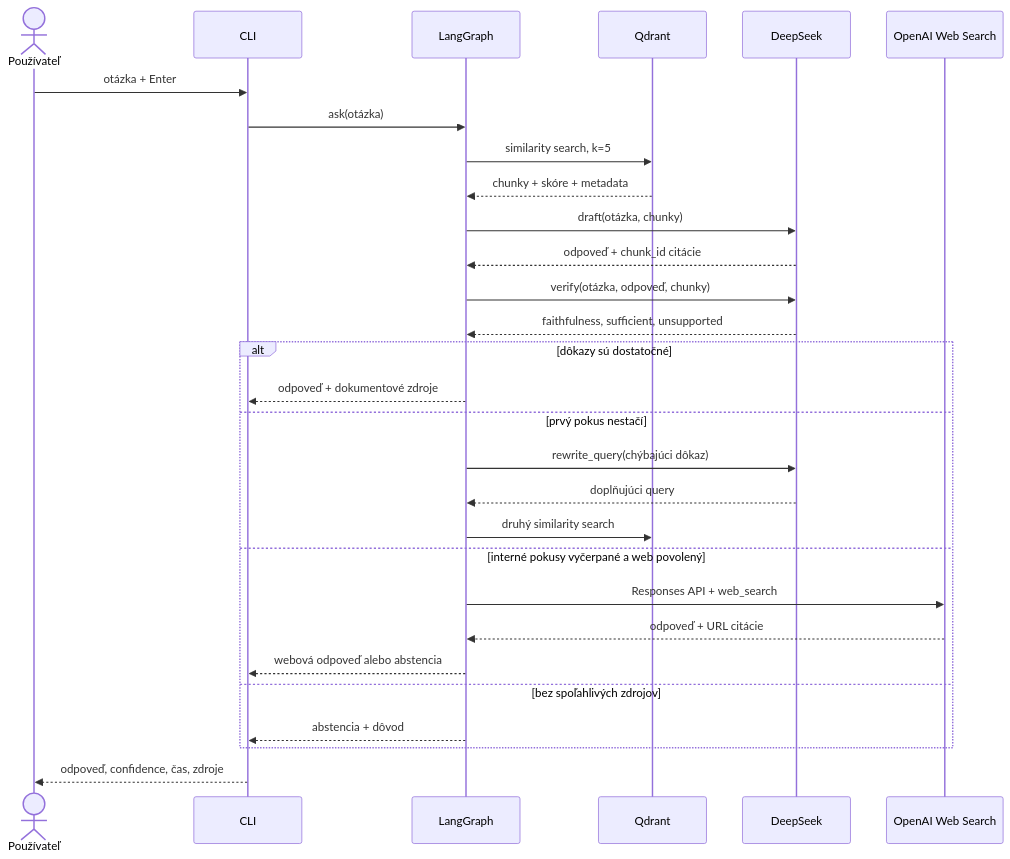
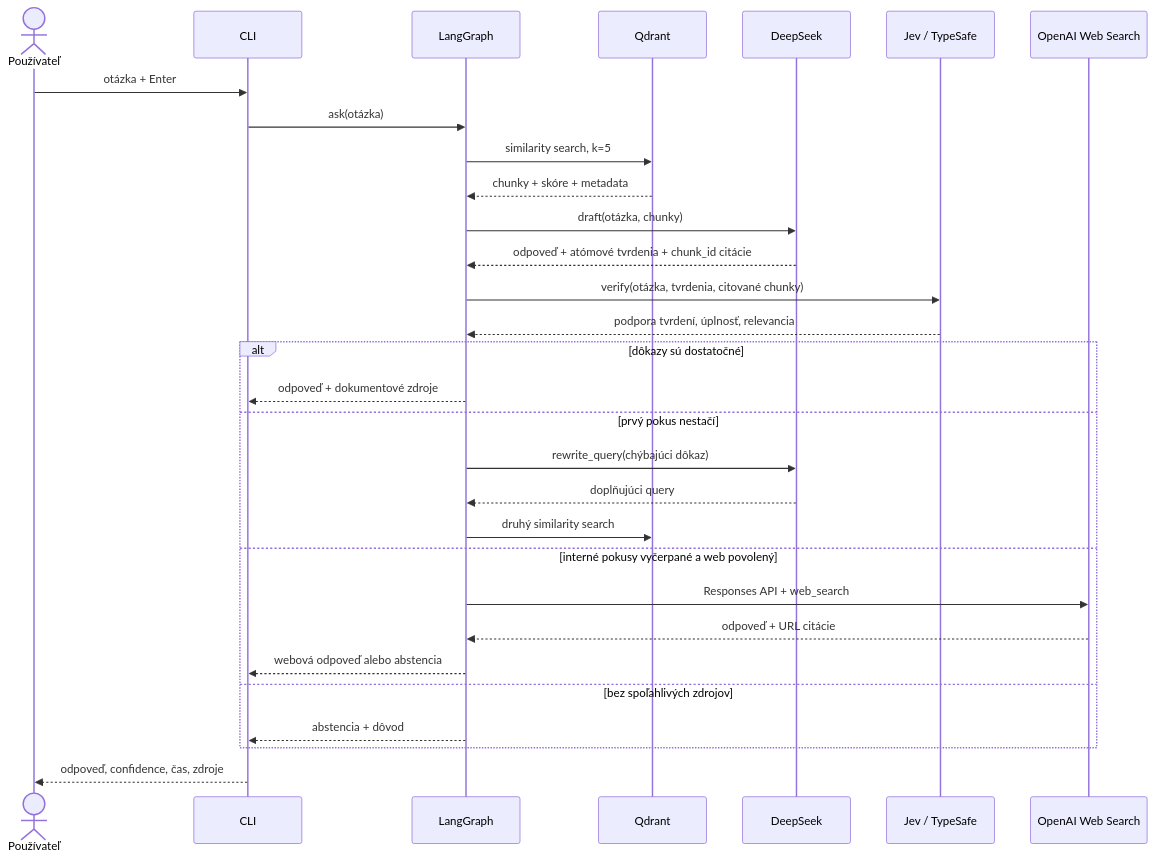
One commit to samuelbagin1/doc-ai-assistent changed the second of 4 diagrams in docs/ARCHITECTURE.md. Above: the diagram before and after it, drawn with Mermaid. The commit also changed other lines of this file, not shown here.

Commit message:
feat: describe verifier and shared API gate architecture ARCHITECTURE.md

````diff
--- a/docs/ARCHITECTURE.md
+++ b/docs/ARCHITECTURE.md
@@ -65,32 +74,33 @@
 ```mermaid
 sequenceDiagram
     actor U as Používateľ
     participant C as CLI
     participant G as LangGraph
     participant Q as Qdrant
     participant D as DeepSeek
+    participant J as Jev / TypeSafe
     participant W as OpenAI Web Search
 
     U->>C: otázka + Enter
     C->>G: ask(otázka)
     G->>Q: similarity search, k=5
     Q-->>G: chunky + skóre + metadata
     G->>D: draft(otázka, chunky)
-    D-->>G: odpoveď + chunk_id citácie
-    G->>D: verify(otázka, odpoveď, chunky)
-    D-->>G: faithfulness, sufficient, unsupported
+    D-->>G: odpoveď + atómové tvrdenia + chunk_id citácie
+    G->>J: verify(otázka, tvrdenia, citované chunky)
+    J-->>G: podpora tvrdení, úplnosť, relevancia
     alt dôkazy sú dostatočné
         G-->>C: odpoveď + dokumentové zdroje
     else prvý pokus nestačí
         G->>D: rewrite_query(chýbajúci dôkaz)
         D-->>G: doplňujúci query
         G->>Q: druhý similarity search
     else interné pokusy vyčerpané a web povolený
         G->>W: Responses API + web_search
         W-->>G: odpoveď + URL citácie
         G-->>C: webová odpoveď alebo abstencia
     else bez spoľahlivých zdrojov
         G-->>C: abstencia + dôvod
     end
     C-->>U: odpoveď, confidence, čas, zdroje
 ```
````
